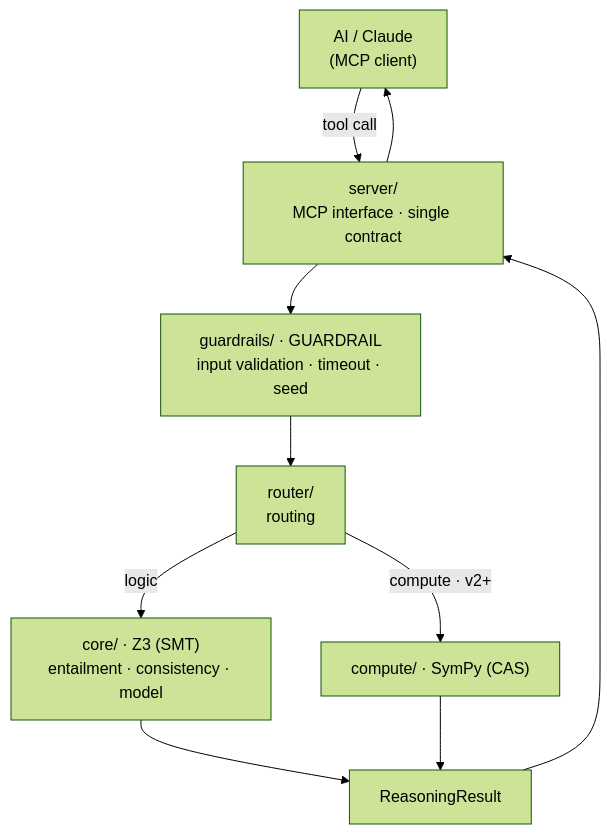
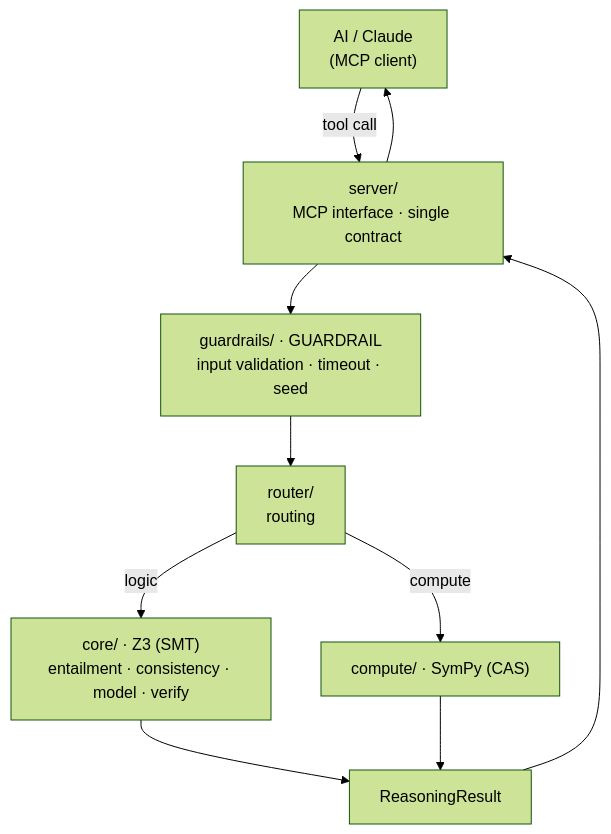
The first of 2 diagrams in docs/architecture.md (tanzercakir-commits/MathHead), drawn with Mermaid (forest theme) before and after one commit. The commit also changed other lines of this file and 9 other files, not shown here.

````diff
--- a/docs/architecture.md
+++ b/docs/architecture.md
@@ -9,12 +9,12 @@
 ```mermaid
 flowchart TD
     AI["AI / Claude<br/>(MCP client)"] -->|tool call| S["server/<br/>MCP interface · single contract"]
     S --> G["guardrails/ · GUARDRAIL<br/>input validation · timeout · seed"]
     G --> R["router/<br/>routing"]
-    R -->|logic| C["core/ · Z3 (SMT)<br/>entailment · consistency · model"]
-    R -->|compute · v2+| K["compute/ · SymPy (CAS)"]
+    R -->|logic| C["core/ · Z3 (SMT)<br/>entailment · consistency · model · verify"]
+    R -->|compute| K["compute/ · SymPy (CAS)"]
     C --> RES["ReasoningResult"]
     K --> RES
     RES --> S
     S --> AI
 ```
````
